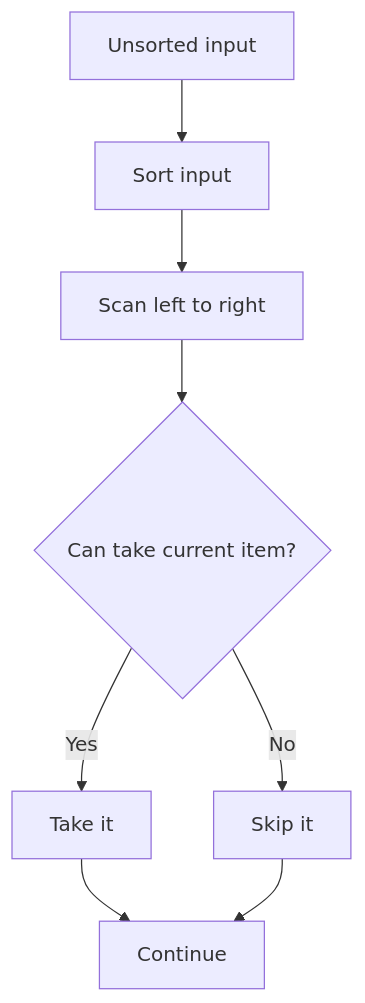
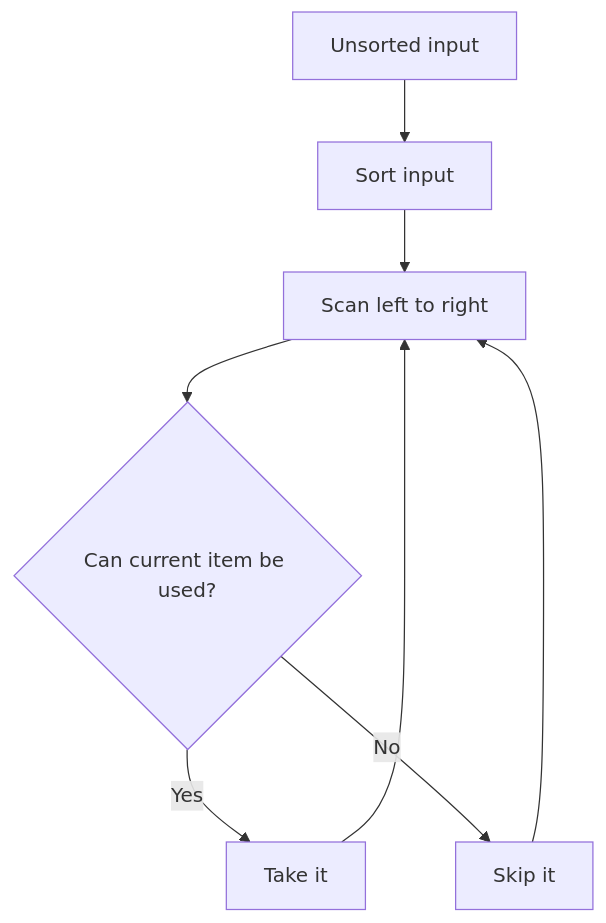
Before and after one commit to mthaiseer/springcloud-systemdesign-notes: the fourth of 22 diagrams in CP_DSA_NOTES/CONCEPT_FRAMEWORK_FORMS_TATICS/010_GREEDY_CFFT.md, drawn with Mermaid. The commit also changed other lines of this file and 1 other file, not shown here.

````diff
--- a/CP_DSA_NOTES/CONCEPT_FRAMEWORK_FORMS_TATICS/010_GREEDY_CFFT.md
+++ b/CP_DSA_NOTES/CONCEPT_FRAMEWORK_FORMS_TATICS/010_GREEDY_CFFT.md
@@ -125,10 +196,10 @@
 ```mermaid
 flowchart TD
     A[Unsorted input] --> B[Sort input]
     B --> C[Scan left to right]
-    C --> D{Can take current item?}
+    C --> D{Can current item be used?}
     D -->|Yes| E[Take it]
     D -->|No| F[Skip it]
-    E --> G[Continue]
-    F --> G
+    E --> C
+    F --> C
 ```
````
